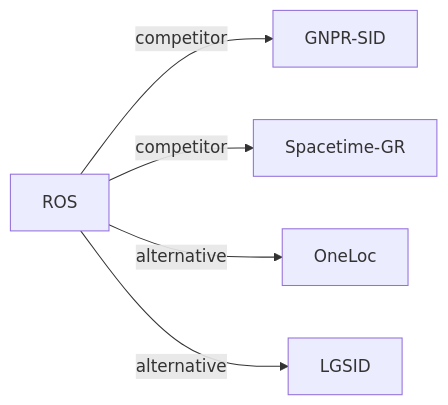
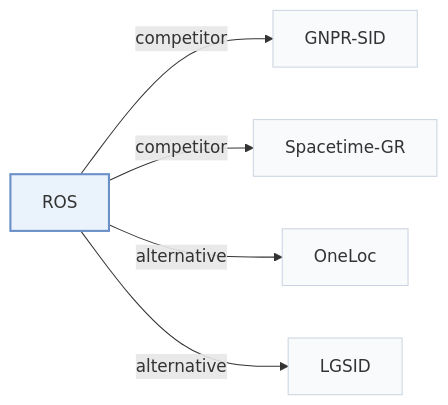
Before and after one commit to Galaxy-ghost/Awesome-SID-Generative-Rec: the fourth of 4 diagrams in pages/papers/ros.md, drawn with Mermaid. The commit also changed other lines of this file and 649 other files, not shown here.

Commit message:
writer-05: also tags and modality index (schema, check, build, visuals); summary field removed; calibration data for 12 papers

````diff
--- a/pages/papers/ros.md
+++ b/pages/papers/ros.md
@@ -133,8 +150,12 @@
 ```mermaid
 flowchart LR
     P["ROS"]
-    P -->|competitor| A["GNPR-SID"]
-    P -->|competitor| B["Spacetime-GR"]
-    P -->|alternative| C["OneLoc"]
-    P -->|alternative| D["LGSID"]
+    P -->|"competitor"| A["GNPR-SID"]
+    P -->|"competitor"| B["Spacetime-GR"]
+    P -->|"alternative"| C["OneLoc"]
+    P -->|"alternative"| D["LGSID"]
+    classDef main fill:#eaf2fb,stroke:#6b8fc7,stroke-width:2px
+    classDef peer fill:#f8fafc,stroke:#cbd5e1
+    class P main
+    class A,B,C,D peer
 ```
````
